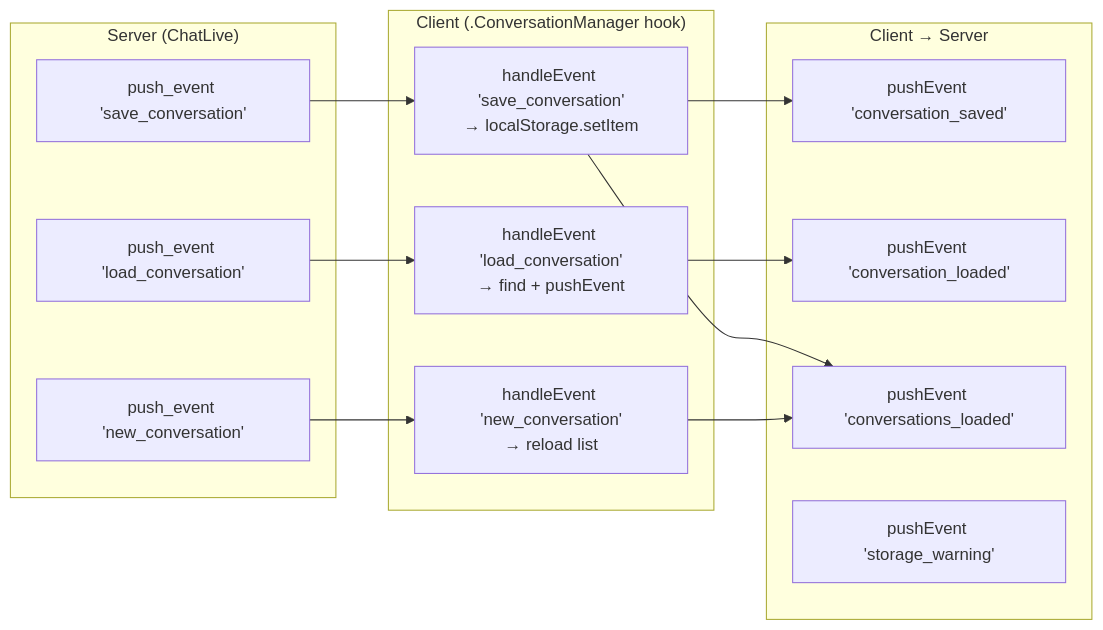
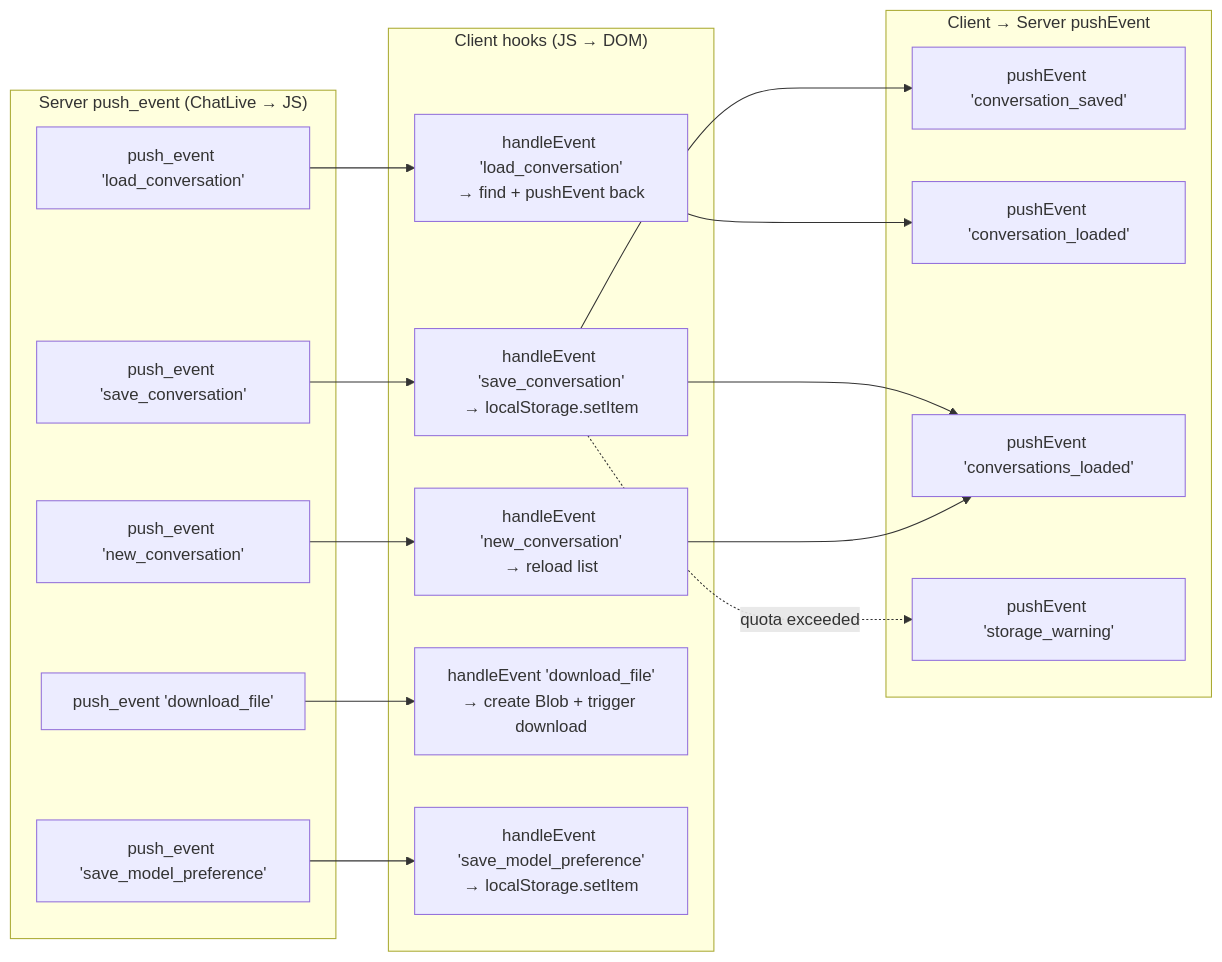
Before and after one commit to dmcbane/ollama_chat: the third of 3 diagrams in docs/diagrams/05-liveview-state.md, drawn with Mermaid. The commit also changed other lines of this file and 5 other files, not shown here.

First line of the commit message:
docs: update diagrams and documentation for Phase 6 completion

````diff
--- a/docs/diagrams/05-liveview-state.md
+++ b/docs/diagrams/05-liveview-state.md
@@ -66,29 +95,37 @@
 ```mermaid
 graph LR
-    subgraph "Server (ChatLive)"
+    subgraph Server["Server push_event (ChatLive → JS)"]
         PE1["push_event 'save_conversation'"]
         PE2["push_event 'load_conversation'"]
         PE3["push_event 'new_conversation'"]
+        PE4["push_event 'download_file'"]
+        PE5["push_event 'save_model_preference'"]
     end
 
-    subgraph "Client (.ConversationManager hook)"
+    subgraph ClientHooks["Client hooks (JS → DOM)"]
         HE1["handleEvent 'save_conversation'<br/>→ localStorage.setItem"]
-        HE2["handleEvent 'load_conversation'<br/>→ find + pushEvent"]
+        HE2["handleEvent 'load_conversation'<br/>→ find + pushEvent back"]
         HE3["handleEvent 'new_conversation'<br/>→ reload list"]
+        HE4["handleEvent 'download_file'<br/>→ create Blob + trigger download"]
+        HE5["handleEvent 'save_model_preference'<br/>→ localStorage.setItem"]
     end
 
-    subgraph "Client → Server"
+    subgraph ClientToServer["Client → Server pushEvent"]
         CE1["pushEvent 'conversation_saved'"]
         CE2["pushEvent 'conversation_loaded'"]
         CE3["pushEvent 'conversations_loaded'"]
         CE4["pushEvent 'storage_warning'"]
     end
 
     PE1 --> HE1
     PE2 --> HE2
     PE3 --> HE3
+    PE4 --> HE4
+    PE5 --> HE5
+
     HE1 --> CE1
+    HE1 --> CE3
     HE2 --> CE2
-    HE1 --> CE3
     HE3 --> CE3
+    HE1 -.->|"quota exceeded"| CE4
 ```
````
